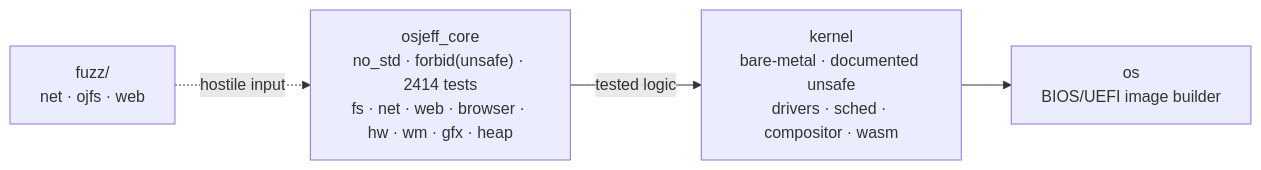
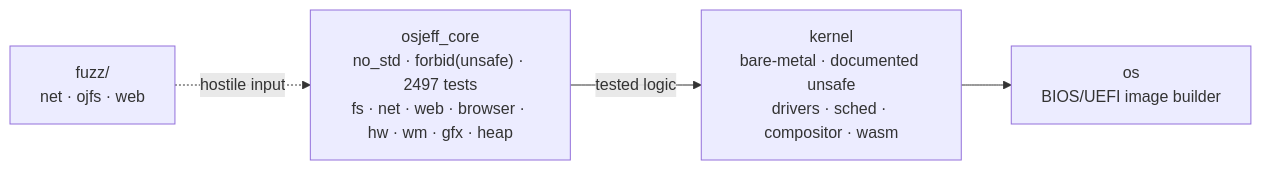
Before and after one commit to Jeffinp/OSjeff: the diagram in README.en.md, drawn with Mermaid. The commit also changed other lines of this file and 3 other files, not shown here.

````diff
--- a/README.en.md
+++ b/README.en.md
@@ -98,9 +98,9 @@
 ```mermaid
 flowchart LR
-    CORE["osjeff_core<br/>no_std · forbid(unsafe) · 2414 tests<br/>fs · net · web · browser · hw · wm · gfx · heap"]
+    CORE["osjeff_core<br/>no_std · forbid(unsafe) · 2497 tests<br/>fs · net · web · browser · hw · wm · gfx · heap"]
     KERNEL["kernel<br/>bare-metal · documented unsafe<br/>drivers · sched · compositor · wasm"]
     OS["os<br/>BIOS/UEFI image builder"]
     FUZZ["fuzz/<br/>net · ojfs · web"]
     CORE -->|tested logic| KERNEL --> OS
     FUZZ -.->|hostile input| CORE
 ```
````
